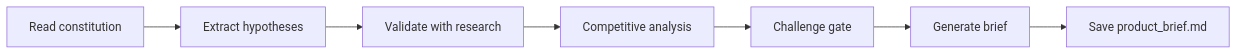
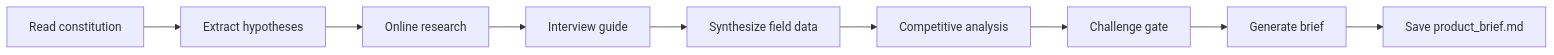
Before and after one commit to ai-driven-dev/framework: the diagram in skills/pm-product-brief/SKILL.md, drawn with Mermaid. The commit also changed other lines of this file and 22 other files, not shown here.

First line of the commit message:
feat: add challenge gates to all skills, extract inline templates, add feedback_loop command

````diff
--- a/skills/pm-product-brief/SKILL.md
+++ b/skills/pm-product-brief/SKILL.md
@@ -30,4 +31,4 @@
 ```mermaid
 flowchart LR
-    A[Read constitution] --> B[Extract hypotheses] --> C[Validate with research] --> D[Competitive analysis] --> E[Challenge gate] --> F[Generate brief] --> G[Save product_brief.md]
+    A[Read constitution] --> B[Extract hypotheses] --> C[Online research] --> D[Interview guide] --> E[Synthesize field data] --> F[Competitive analysis] --> G[Challenge gate] --> H[Generate brief] --> I[Save product_brief.md]
 ```
````
